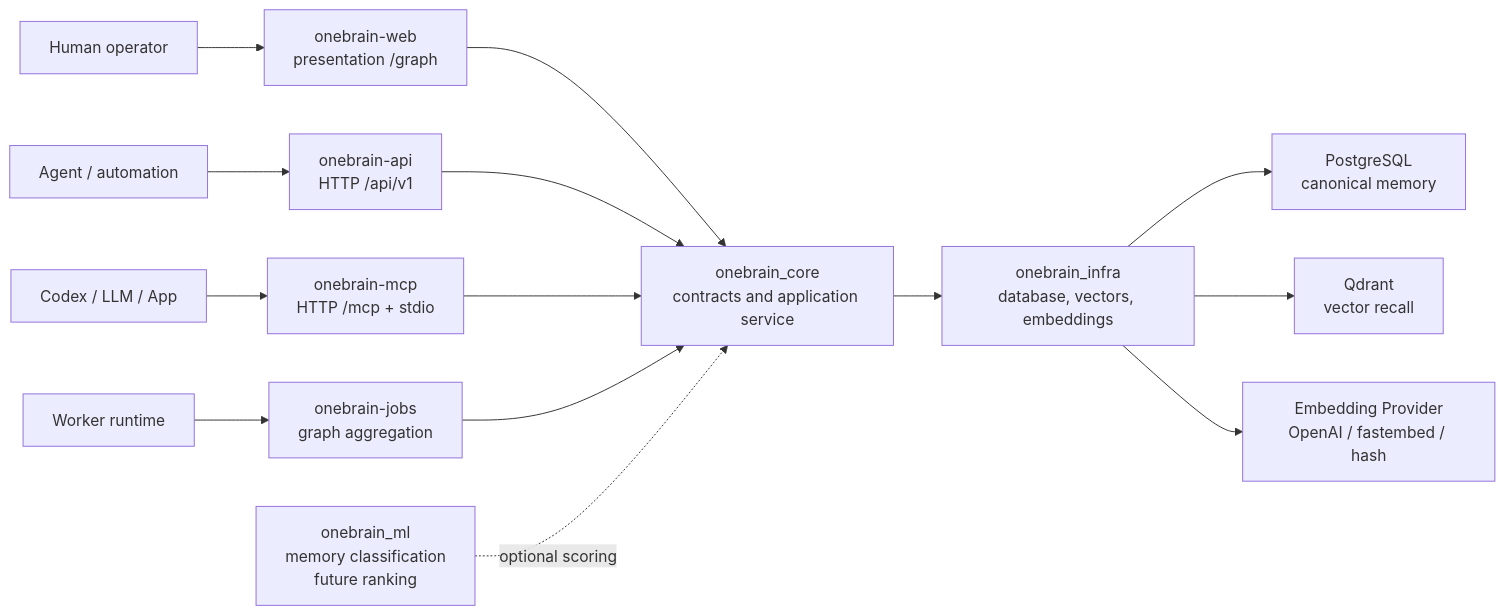
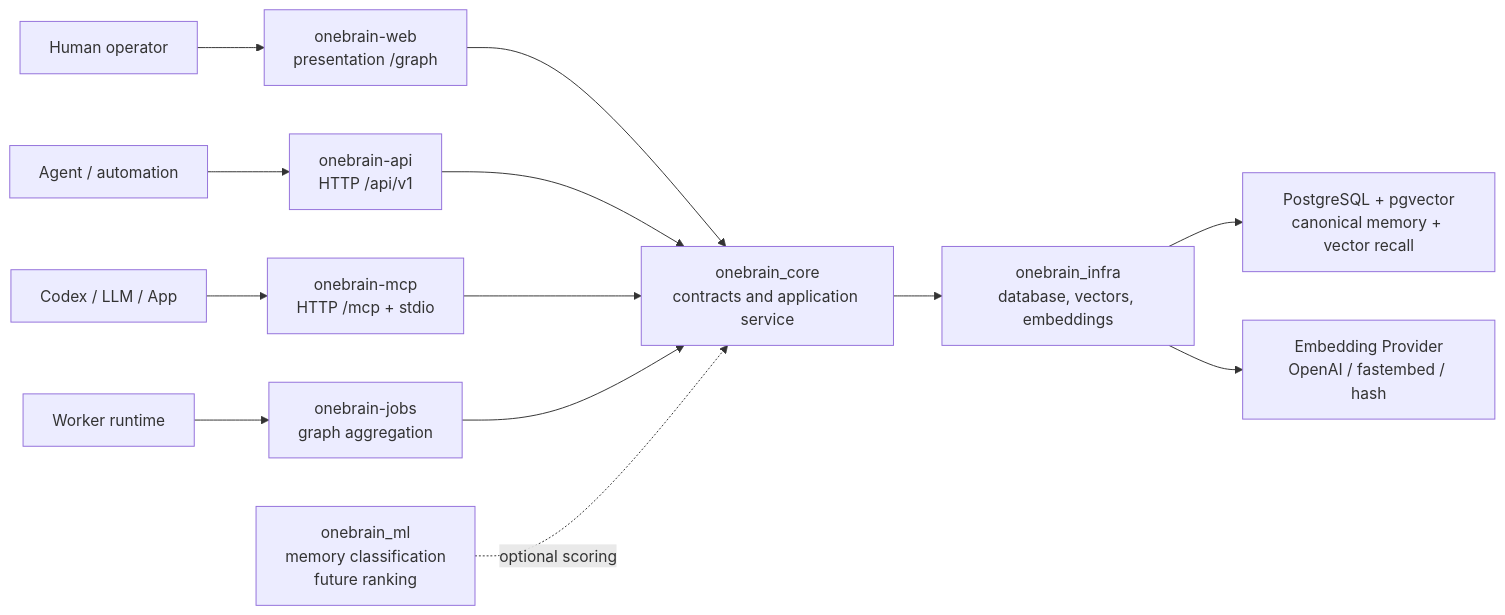
The first of 3 diagrams in README.md (viamus/one-brain), drawn with Mermaid before and after one commit. The commit also changed other lines of this file and 43 other files, not shown here.

Commit message:
Rework web, vectors, and jobs architecture

````diff
--- a/README.md
+++ b/README.md
@@ -25,16 +24,15 @@
 ```mermaid
 flowchart LR
     Client["Codex / LLM / App"] --> MCP["onebrain-mcp<br/>HTTP /mcp + stdio"]
     Human["Human operator"] --> Web["onebrain-web<br/>presentation /graph"]
     Integrator["Agent / automation"] --> API["onebrain-api<br/>HTTP /api/v1"]
     Scheduler["Worker runtime"] --> Jobs["onebrain-jobs<br/>graph aggregation"]
     Web --> Core["onebrain_core<br/>contracts and application service"]
     API --> Core
     MCP --> Core
     Jobs --> Core
     Core --> Infra["onebrain_infra<br/>database, vectors, embeddings"]
-    Infra --> Postgres["PostgreSQL<br/>canonical memory"]
-    Infra --> Qdrant["Qdrant<br/>vector recall"]
+    Infra --> Postgres["PostgreSQL + pgvector<br/>canonical memory + vector recall"]
     Infra --> Embed["Embedding Provider<br/>OpenAI / fastembed / hash"]
     ML["onebrain_ml<br/>memory classification<br/>future ranking"] -. optional scoring .-> Core
 ```
````
